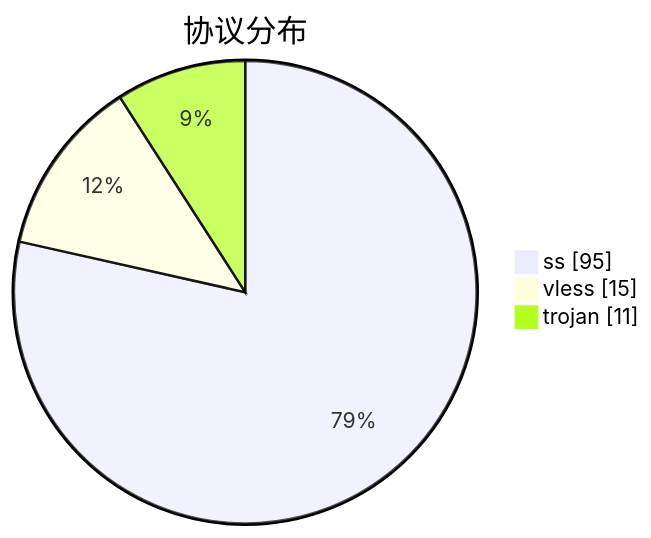
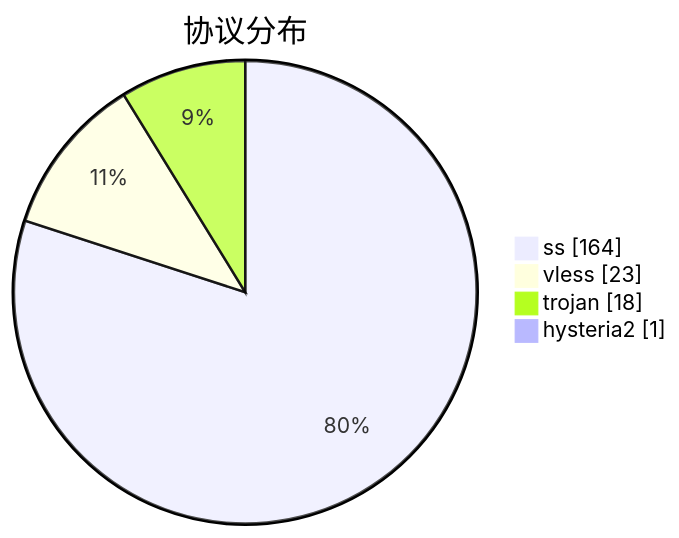
One commit to qjlxg/airport changed the third of 3 diagrams in subs/statistics/tested_within.md. Above: the diagram before and after it, drawn with Mermaid. The commit also changed other lines of this file and 2 other files, not shown here.

````diff
--- a/subs/statistics/tested_within.md
+++ b/subs/statistics/tested_within.md
@@ -28,7 +33,8 @@
 ```mermaid
 pie showData
 title 协议分布
-"ss" : 95
-"vless" : 15
-"trojan" : 11
+"ss" : 164
+"vless" : 23
+"trojan" : 18
+"hysteria2" : 1
 ```
````
